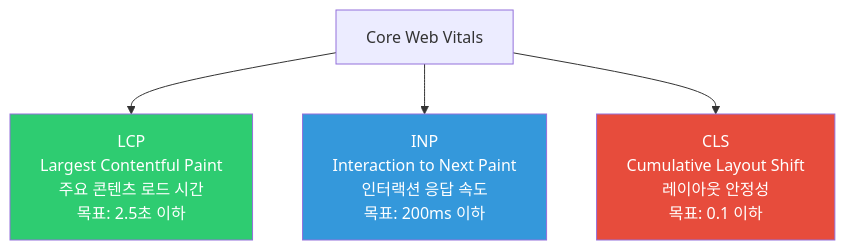
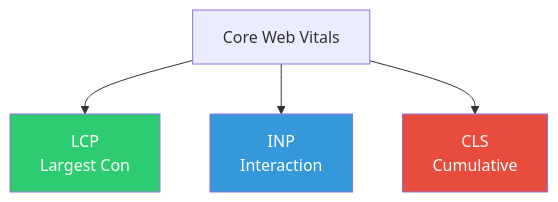
Before and after one commit to yjkim2015/yjkim2015.github.io: the ninth of 10 diagrams in _posts/frontend/2026-05-02-browser-rendering.md, drawn with Mermaid. The commit also changed other lines of this file and 271 other files, not shown here.

First line of the commit message:
Mermaid 라벨 축소: 긴 노드 텍스트 18자 이하로 트림 + \n 제거

````diff
--- a/_posts/frontend/2026-05-02-browser-rendering.md
+++ b/_posts/frontend/2026-05-02-browser-rendering.md
@@ -334,9 +334,9 @@
 ```mermaid
 graph TD
-    CWV["Core Web Vitals"] --> LCP["LCP<br>Largest Contentful Paint<br>주요 콘텐츠 로드 시간<br>목표: 2.5초 이하"]
-    CWV --> INP["INP<br>Interaction to Next Paint<br>인터랙션 응답 속도<br>목표: 200ms 이하"]
-    CWV --> CLS["CLS<br>Cumulative Layout Shift<br>레이아웃 안정성<br>목표: 0.1 이하"]
+    CWV["Core Web Vitals"] --> LCP["LCP<br>Largest Con"]
+    CWV --> INP["INP<br>Interaction"]
+    CWV --> CLS["CLS<br>Cumulative"]
     style LCP fill:#2ecc71,color:#fff
     style INP fill:#3498db,color:#fff
     style CLS fill:#e74c3c,color:#fff
 ```
````
